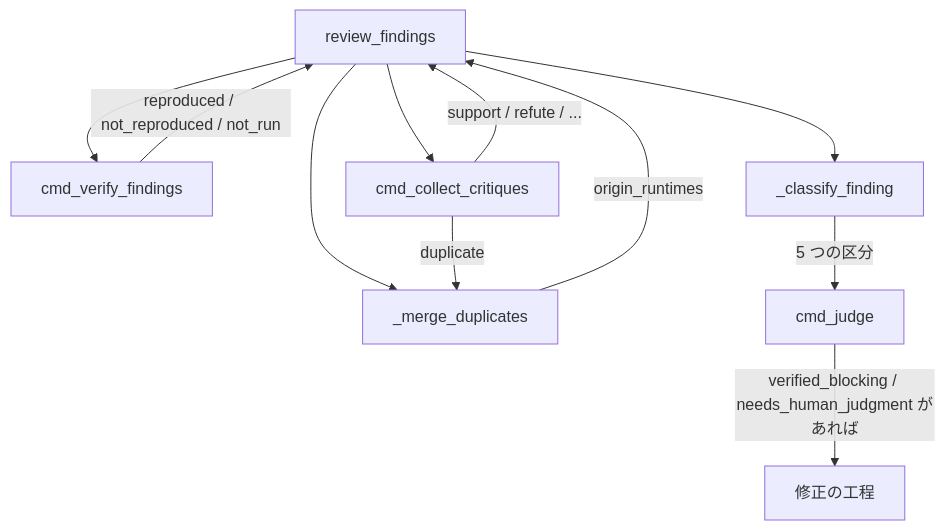
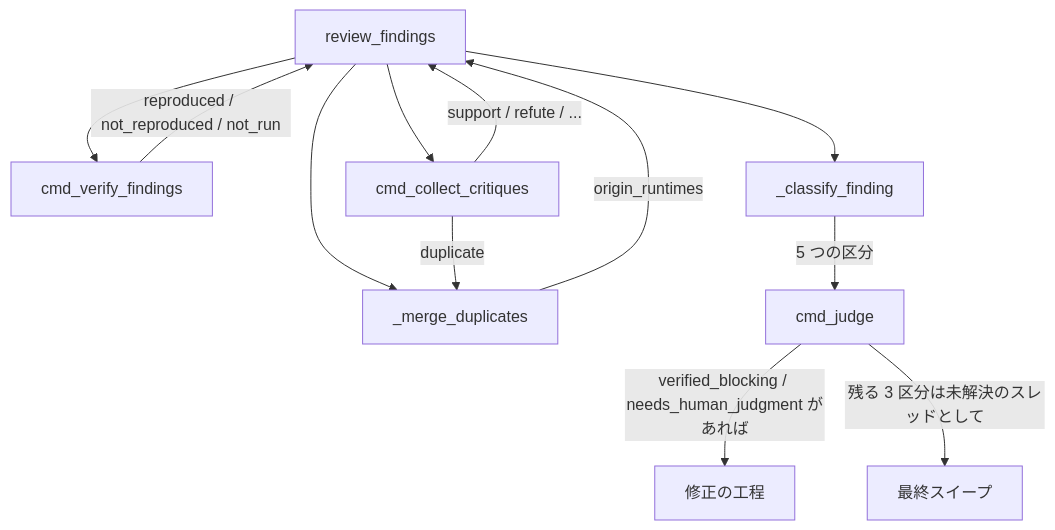
The first of 2 diagrams in issues/issue-156-pr3-design.md (devbasex/ai-plugins), drawn with Mermaid before and after one commit. The commit also changed other lines of this file and 1 other file, not shown here.

````diff
--- a/issues/issue-156-pr3-design.md
+++ b/issues/issue-156-pr3-design.md
@@ -40,13 +40,14 @@
 ```mermaid
 graph TD
     RF[review_findings] --> MD[_merge_duplicates]
     MD -->|origin_runtimes| RF
     RF --> VF[cmd_verify_findings]
     VF -->|reproduced / not_reproduced / not_run| RF
     RF --> CR[cmd_collect_critiques]
     CR -->|support / refute / ...| RF
     CR -->|duplicate| MD
     RF --> CL[_classify_finding]
     CL -->|5 つの区分| JG[cmd_judge]
     JG -->|verified_blocking / needs_human_judgment があれば| FX[修正の工程]
+    JG -->|残る 3 区分は未解決のスレッドとして| SW[最終スイープ]
 ```
````
